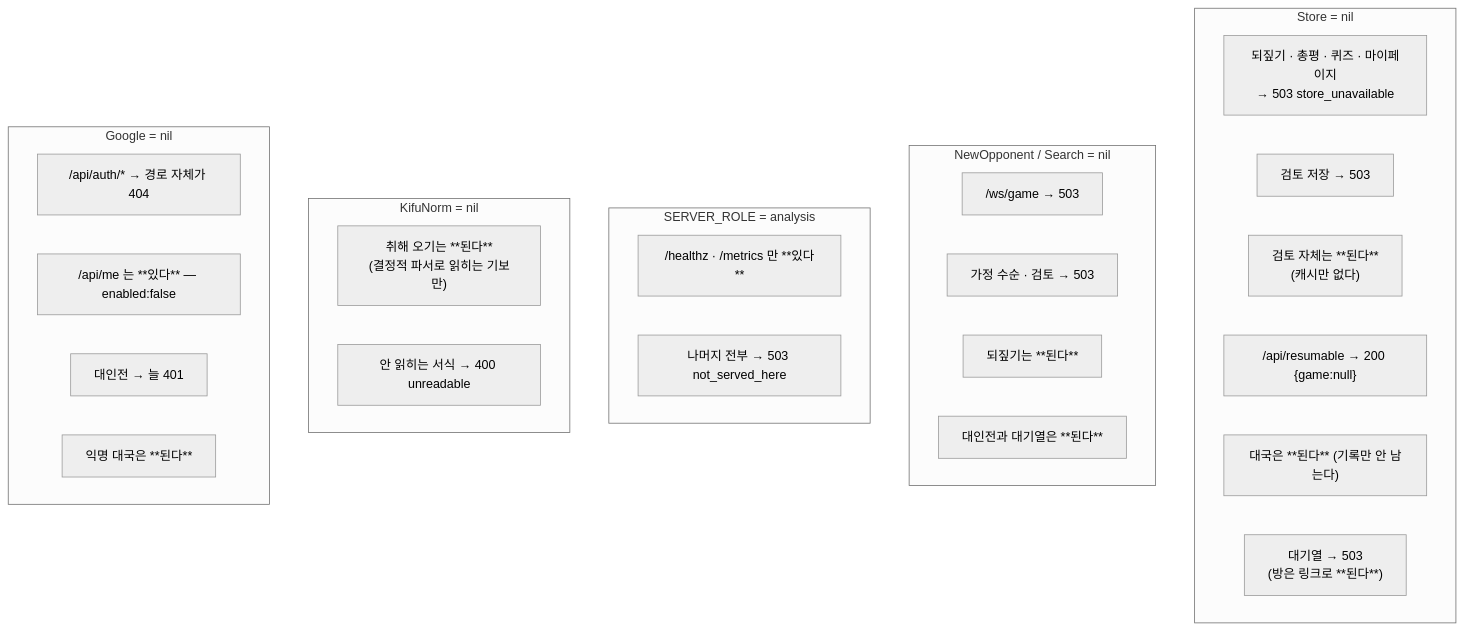
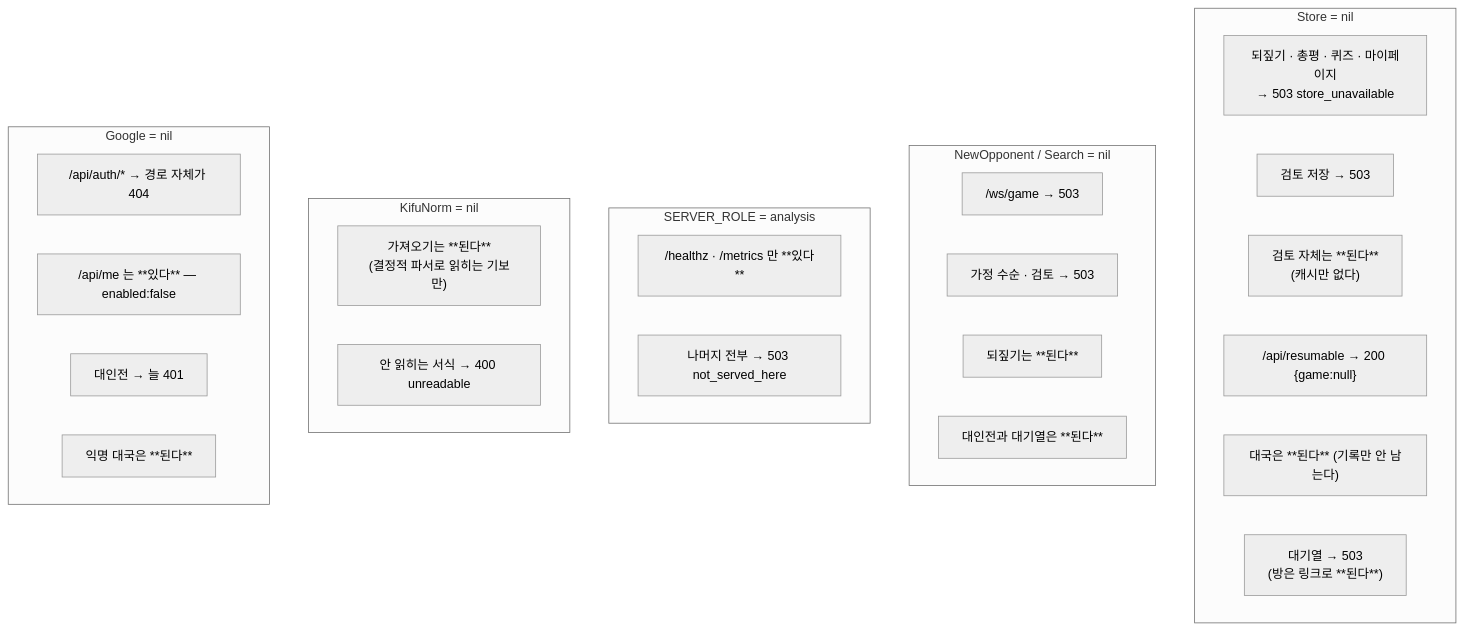
One commit to jovid18/show-gi changed the eighth of 8 diagrams in docs/spec/architecture.md. Above: the diagram before and after it, drawn with Mermaid (neutral theme). The commit also changed other lines of this file and 229 other files, not shown here.

````diff
--- a/docs/spec/architecture.md
+++ b/docs/spec/architecture.md
@@ -352,36 +352,36 @@
 ```mermaid
 flowchart TB
     subgraph nostore["Store = nil"]
         direction LR
         N1["되짚기 · 총평 · 퀴즈 · 마이페이지<br/>→ 503 store_unavailable"]
         N2["검토 저장 → 503"]
         N5["검토 자체는 **된다**<br/>(캐시만 없다)"]
         N3["/api/resumable → 200 {game:null}"]
         N4["대국은 **된다** (기록만 안 남는다)"]
         N6["대기열 → 503<br/>(방은 링크로 **된다**)"]
     end
     subgraph noengine["NewOpponent / Search = nil"]
         direction LR
         M1["/ws/game → 503"]
         M2["가정 수순 · 검토 → 503"]
         M3["되짚기는 **된다**"]
         M4["대인전과 대기열은 **된다**"]
     end
     subgraph analysis["SERVER_ROLE = analysis"]
         direction LR
         R1["/healthz · /metrics 만 **있다**"]
         R2["나머지 전부 → 503 not_served_here"]
     end
     subgraph nonorm["KifuNorm = nil"]
         direction LR
-        K1["취해 오기는 **된다**<br/>(결정적 파서로 읽히는 기보만)"]
+        K1["가져오기는 **된다**<br/>(결정적 파서로 읽히는 기보만)"]
         K2["안 읽히는 서식 → 400 unreadable"]
     end
     subgraph noauth["Google = nil"]
         direction LR
         A1["/api/auth/* → 경로 자체가 404"]
         A2["/api/me 는 **있다** — enabled:false"]
         A3["대인전 → 늘 401"]
         A4["익명 대국은 **된다**"]
     end
 ```
````
